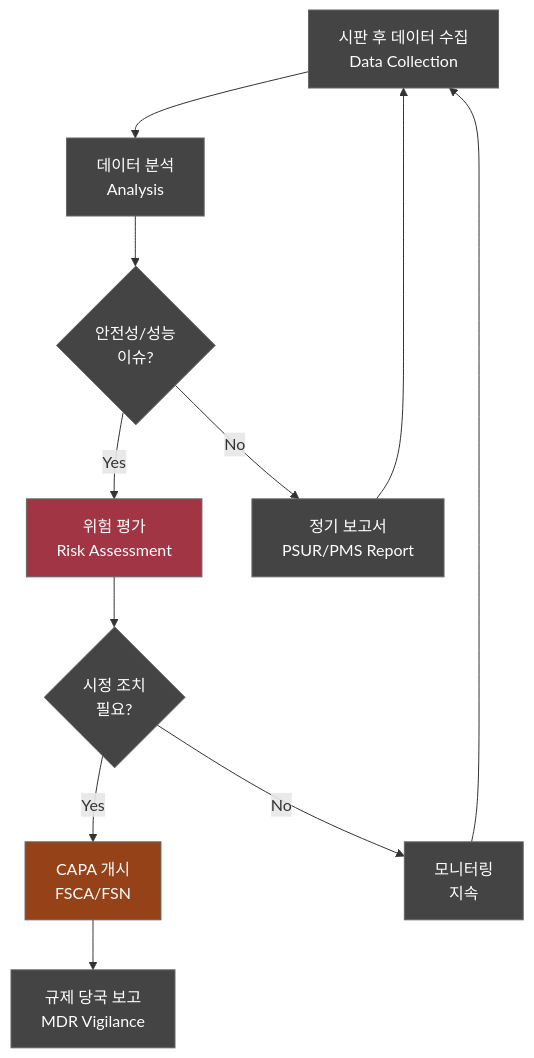
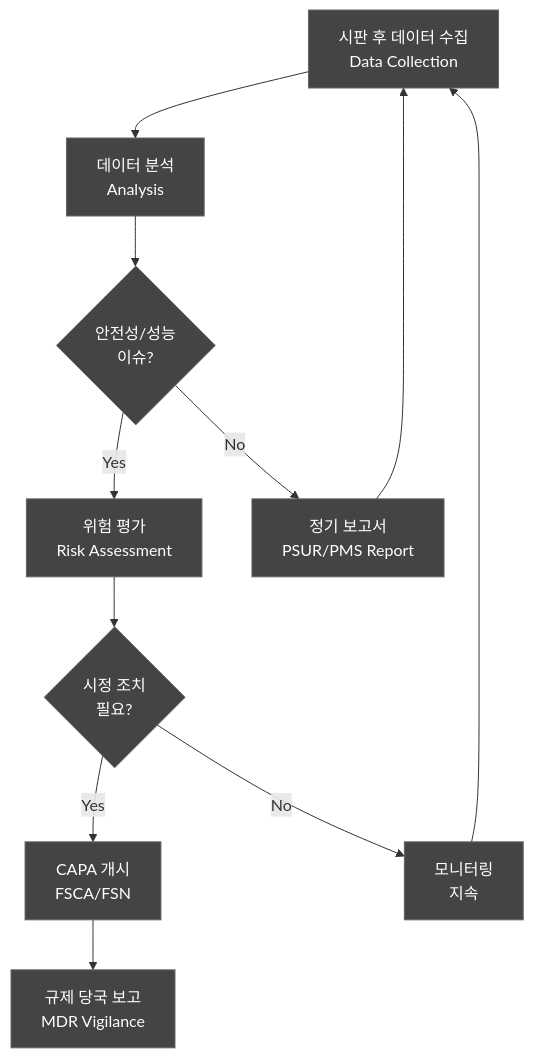
Before and after one commit to holee9/console-gui: the first of 2 diagrams in docs/management/DOC-041_PM_Plan_v1.0.md, drawn with Mermaid. The commit also changed other lines of this file and 35 other files, not shown here.

First line of the commit message:
fix: 전체 Mermaid 차트 색상 진한 회색 통일

````diff
--- a/docs/management/DOC-041_PM_Plan_v1.0.md
+++ b/docs/management/DOC-041_PM_Plan_v1.0.md
@@ -29,17 +29,17 @@
 ```mermaid
 flowchart TD
     classDef default fill:#444,stroke:#666,color:#fff
     A[시판 후 데이터 수집<br/>Data Collection] --> B[데이터 분석<br/>Analysis]
     B --> C{안전성/성능<br/>이슈?}
     C -->|Yes| D[위험 평가<br/>Risk Assessment]
     C -->|No| E[정기 보고서<br/>PSUR/PMS Report]
     D --> F{시정 조치<br/>필요?}
     F -->|Yes| G[CAPA 개시<br/>FSCA/FSN]
     F -->|No| H[모니터링<br/>지속]
     G --> I[규제 당국 보고<br/>MDR Vigilance]
     H --> A
     E --> A
     
-    style D fill:#A13544,color:#fff
-    style G fill:#964219,color:#fff
+    style D fill:#444,color:#fff
+    style G fill:#444,color:#fff
 ```
````
